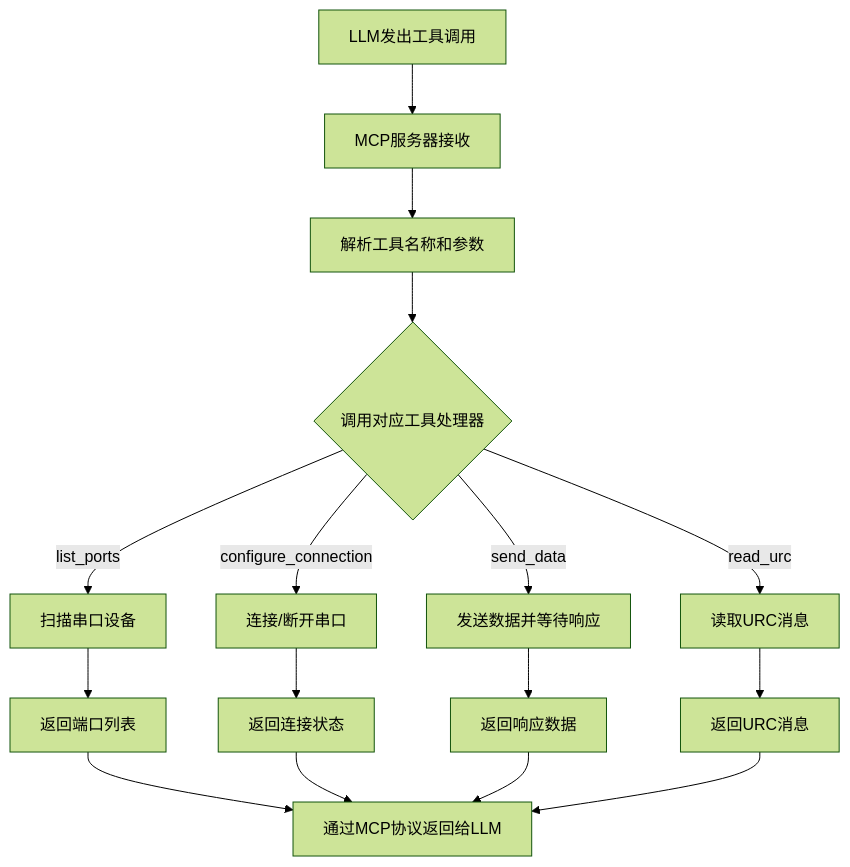
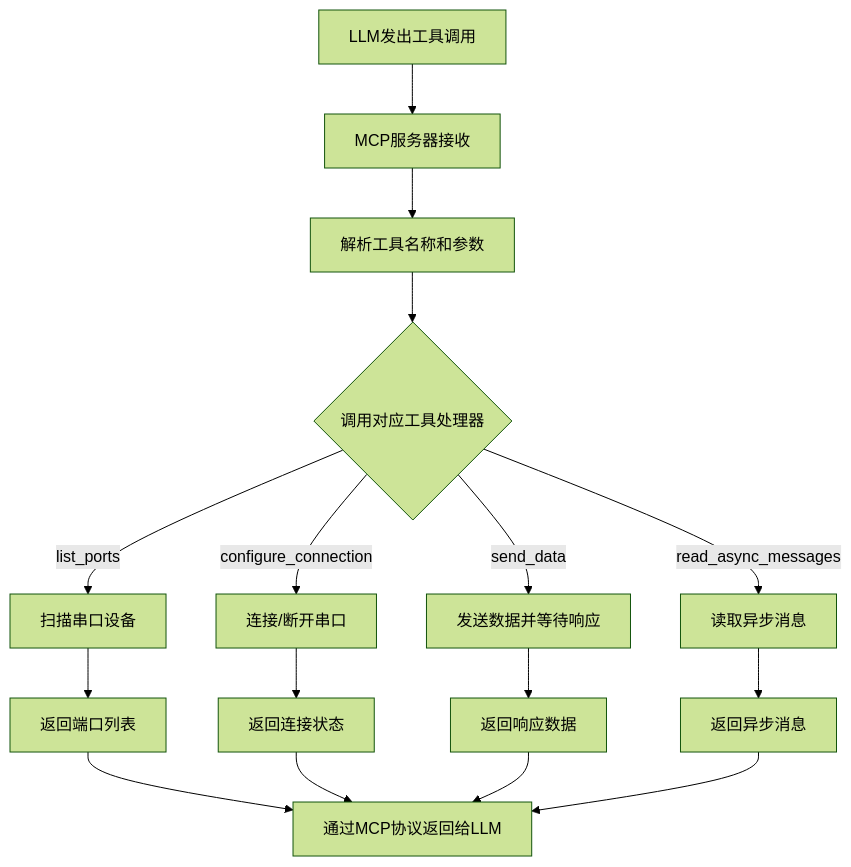
One commit to niusulong/serial2mcp1 changed the second of 2 diagrams in doc/06-软件实现架构文档 - 实现细节.md. Above: the diagram before and after it, drawn with Mermaid (forest theme). The commit also changed other lines of this file and 7 other files, not shown here.

````diff
--- a/doc/06-软件实现架构文档 - 实现细节.md
+++ b/doc/06-软件实现架构文档 - 实现细节.md
@@ -1081,20 +1081,20 @@
 ```mermaid
 flowchart TD
     A[LLM发出工具调用] --> B[MCP服务器接收]
     B --> C[解析工具名称和参数]
     C --> D{调用对应工具处理器}
     D -->|list_ports| E[扫描串口设备]
     D -->|configure_connection| F[连接/断开串口]
     D -->|send_data| G[发送数据并等待响应]
-    D -->|read_urc| H[读取URC消息]
+    D -->|read_async_messages| H[读取异步消息]
 
     E --> I[返回端口列表]
     F --> J[返回连接状态]
     G --> K[返回响应数据]
-    H --> L[返回URC消息]
+    H --> L[返回异步消息]
 
     I --> M[通过MCP协议返回给LLM]
     J --> M
     K --> M
     L --> M
 ```
````
